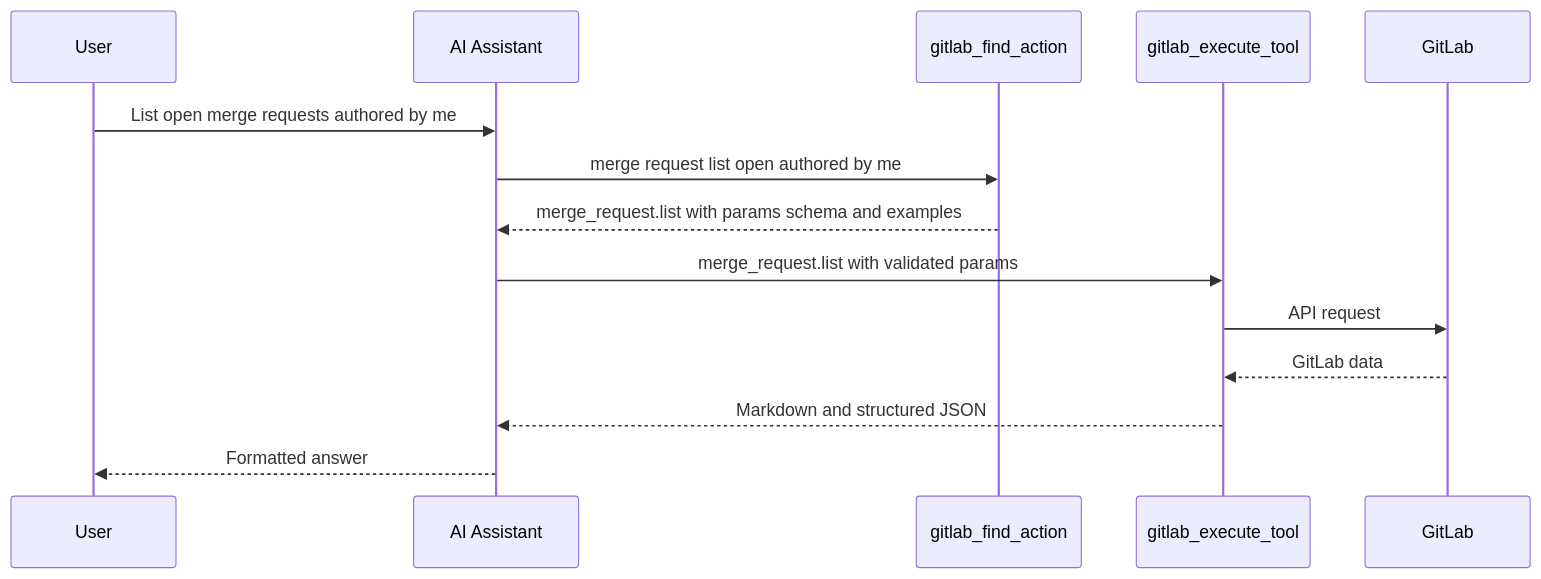
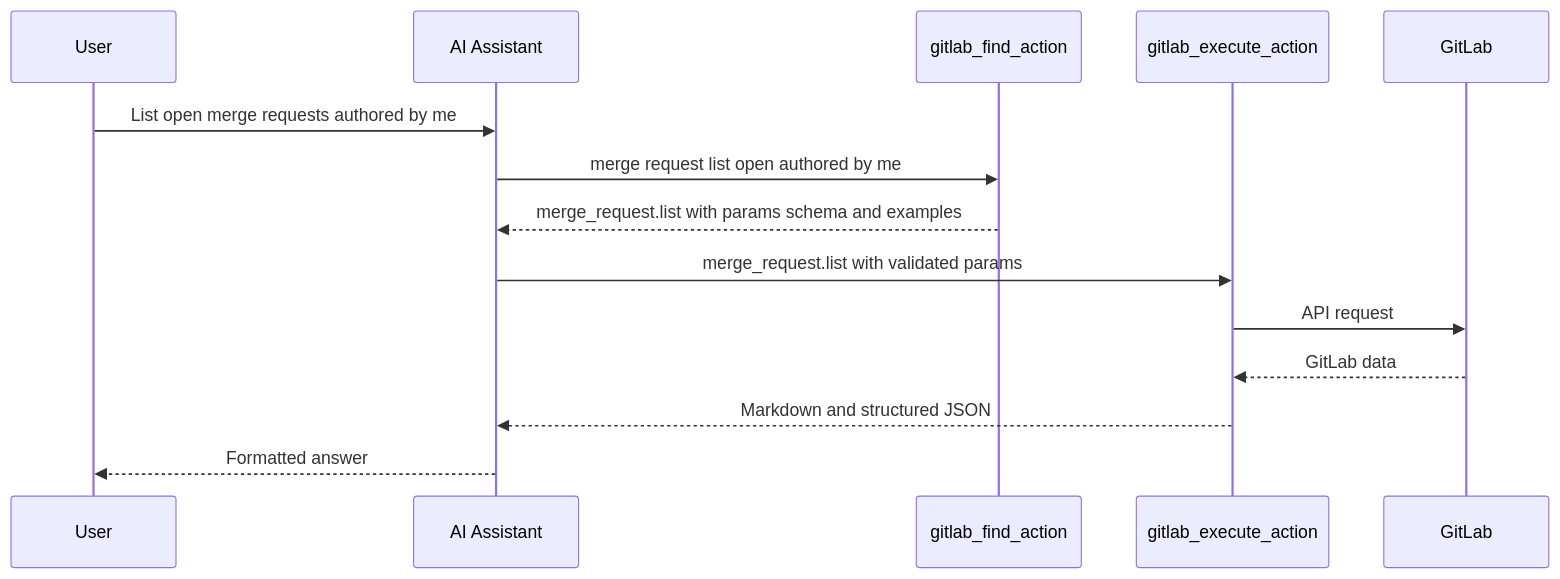
One commit to jmrplens/gitlab-mcp-server changed the second of 2 diagrams in site/src/content/docs/tools/dynamic-tools.mdx. Above: the diagram before and after it, drawn with Mermaid. The commit also changed other lines of this file and 714 other files, not shown here.

````diff
--- a/site/src/content/docs/tools/dynamic-tools.mdx
+++ b/site/src/content/docs/tools/dynamic-tools.mdx
@@ -80,17 +80,17 @@
 ```mermaid
 sequenceDiagram
     participant User
     participant AI as AI Assistant
 	participant Find as gitlab_find_action
-    participant Execute as gitlab_execute_tool
+    participant Execute as gitlab_execute_action
     participant GitLab
 
     User->>AI: List open merge requests authored by me
 	AI->>Find: merge request list open authored by me
 	Find-->>AI: merge_request.list with params schema and examples
     AI->>Execute: merge_request.list with validated params
     Execute->>GitLab: API request
     GitLab-->>Execute: GitLab data
     Execute-->>AI: Markdown and structured JSON
     AI-->>User: Formatted answer
 ```
````
